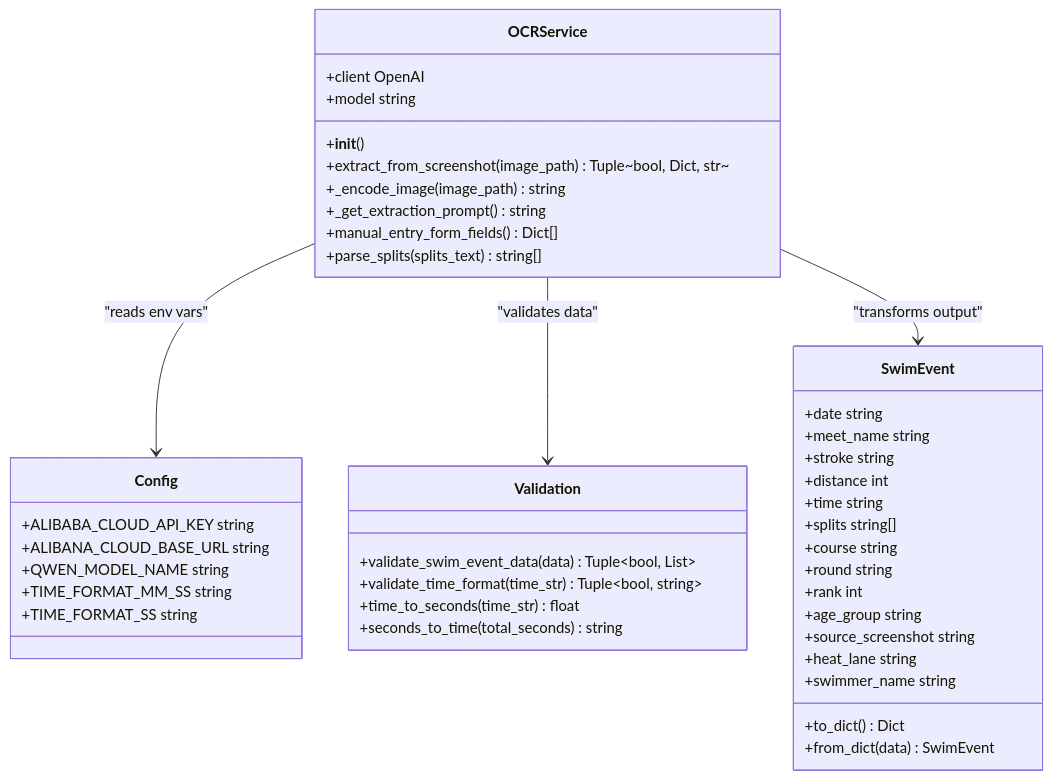
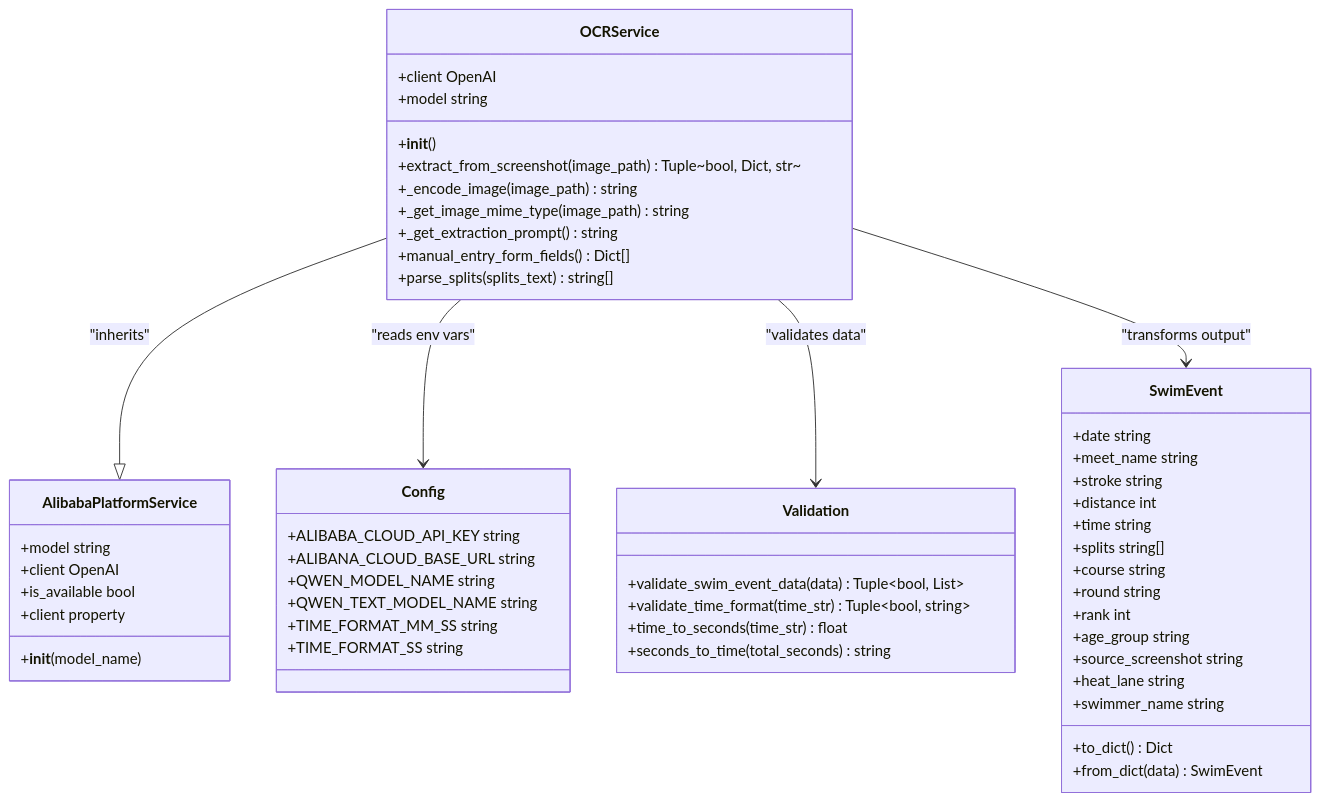
Before and after one commit to Johnny22056/SwimingStatus: the third of 8 diagrams in .qoder/repowiki/en/content/Feature Modules/OCR Integration.md, drawn with Mermaid. The commit also changed other lines of this file and 8 other files, not shown here.

````diff
--- a/.qoder/repowiki/en/content/Feature Modules/OCR Integration.md
+++ b/.qoder/repowiki/en/content/Feature Modules/OCR Integration.md
@@ -153,46 +175,56 @@
 ```mermaid
 classDiagram
 class OCRService {
 +client OpenAI
 +model string
 +__init__()
 +extract_from_screenshot(image_path) Tuple~bool, Dict, str~
 +_encode_image(image_path) string
++_get_image_mime_type(image_path) string
 +_get_extraction_prompt() string
 +manual_entry_form_fields() Dict[]
 +parse_splits(splits_text) string[]
+}
+class AlibabaPlatformService {
++model string
++client OpenAI
++__init__(model_name)
++is_available bool
++client property
 }
 class Config {
 +ALIBABA_CLOUD_API_KEY string
 +ALIBANA_CLOUD_BASE_URL string
 +QWEN_MODEL_NAME string
++QWEN_TEXT_MODEL_NAME string
 +TIME_FORMAT_MM_SS string
 +TIME_FORMAT_SS string
 }
 class Validation {
 +validate_swim_event_data(data) Tuple~bool, List~
 +validate_time_format(time_str) Tuple~bool, string~
 +time_to_seconds(time_str) float
 +seconds_to_time(total_seconds) string
 }
 class SwimEvent {
 +date string
 +meet_name string
 +stroke string
 +distance int
 +time string
 +splits string[]
 +course string
 +round string
 +rank int
 +age_group string
 +source_screenshot string
 +heat_lane string
 +swimmer_name string
 +to_dict() Dict
 +from_dict(data) SwimEvent
 }
+OCRService --|> AlibabaPlatformService : "inherits"
 OCRService --> Config : "reads env vars"
 OCRService --> Validation : "validates data"
 OCRService --> SwimEvent : "transforms output"
 ```
````
